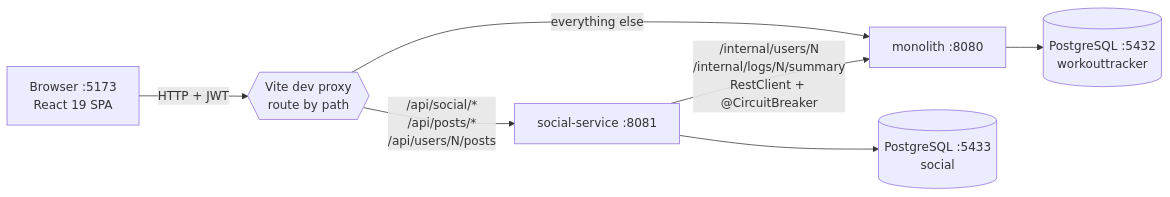
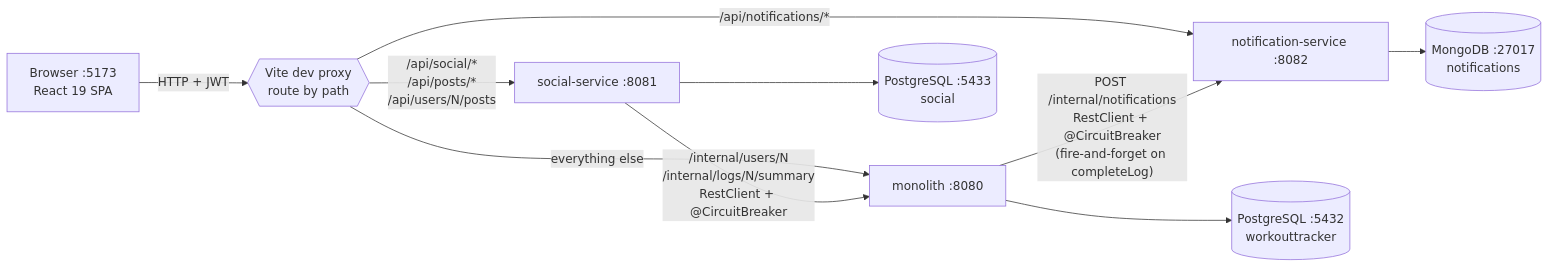
One commit to Hvdri/WorkoutTracker changed the third of 3 diagrams in README.md. Above: the diagram before and after it, drawn with Mermaid. The commit also changed other lines of this file and 93 other files, not shown here.

Commit message:
add notification-service microservice + notifications across services

````diff
--- a/README.md
+++ b/README.md
@@ -281,9 +281,12 @@
 ```mermaid
 flowchart LR
     Browser[Browser :5173<br/>React 19 SPA] -->|HTTP + JWT| Vite{{Vite dev proxy<br/>route by path}}
     Vite -->|"/api/social/*<br/>/api/posts/*<br/>/api/users/N/posts"| Social[social-service :8081]
+    Vite -->|"/api/notifications/*"| Notif[notification-service :8082]
     Vite -->|everything else| Mono[monolith :8080]
     Social -->|"/internal/users/N<br/>/internal/logs/N/summary<br/>RestClient + @CircuitBreaker"| Mono
+    Mono -->|"POST /internal/notifications<br/>RestClient + @CircuitBreaker<br/>(fire-and-forget on completeLog)"| Notif
     Social --> DBs[(PostgreSQL :5433<br/>social)]
     Mono --> DBm[(PostgreSQL :5432<br/>workouttracker)]
+    Notif --> DBn[(MongoDB :27017<br/>notifications)]
 ```
````
